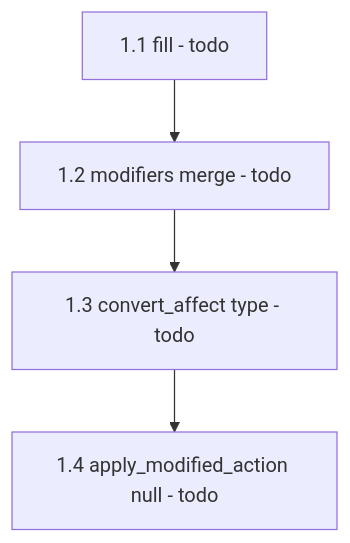
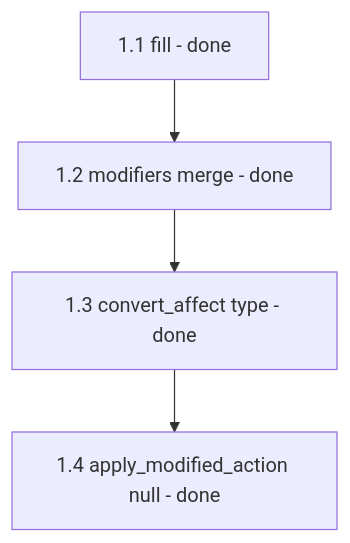
Before and after one commit to cluttered-code/godot-health-hitbox-hurtbox: the third of 8 diagrams in .cursor/plans/better_testing_coverage.md, drawn with Mermaid. The commit also changed other lines of this file and 79 other files, not shown here.

````diff
--- a/.cursor/plans/better_testing_coverage.md
+++ b/.cursor/plans/better_testing_coverage.md
@@ -99,6 +99,6 @@
 ```mermaid
 flowchart TB
-  T11["1.1 fill - todo"] --> T12["1.2 modifiers merge - todo"]
-  T12 --> T13["1.3 convert_affect type - todo"]
-  T13 --> T14["1.4 apply_modified_action null - todo"]
+  T11["1.1 fill - done"] --> T12["1.2 modifiers merge - done"]
+  T12 --> T13["1.3 convert_affect type - done"]
+  T13 --> T14["1.4 apply_modified_action null - done"]
 ```
````
